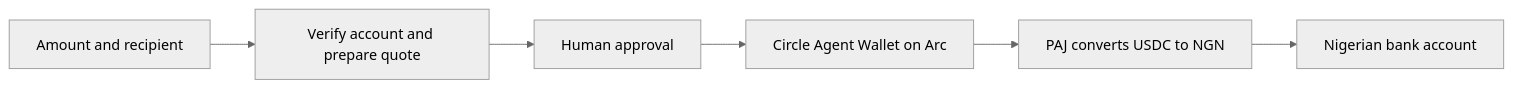
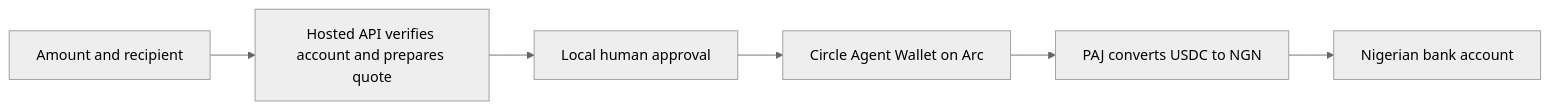
The diagram in README.md (Adeyemir/agent-fiat-mcp), drawn with Mermaid (neutral theme) before and after one commit. The commit also changed other lines of this file and 32 other files, not shown here.

````diff
--- a/README.md
+++ b/README.md
@@ -13,8 +15,8 @@
 ```mermaid
 flowchart LR
-    Request[Amount and recipient] --> Quote[Verify account and prepare quote]
-    Quote --> Approval[Human approval]
+    Request[Amount and recipient] --> Quote[Hosted API verifies account and prepares quote]
+    Quote --> Approval[Local human approval]
     Approval --> Wallet[Circle Agent Wallet on Arc]
     Wallet --> PAJ[PAJ converts USDC to NGN]
     PAJ --> Bank[Nigerian bank account]
 ```
````
